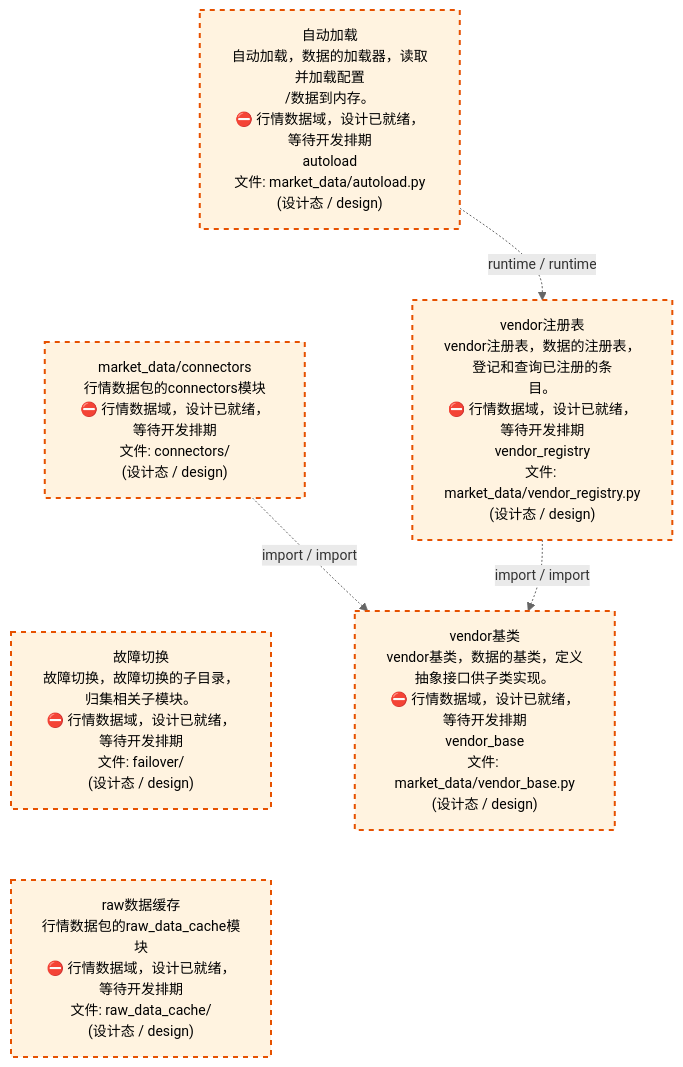
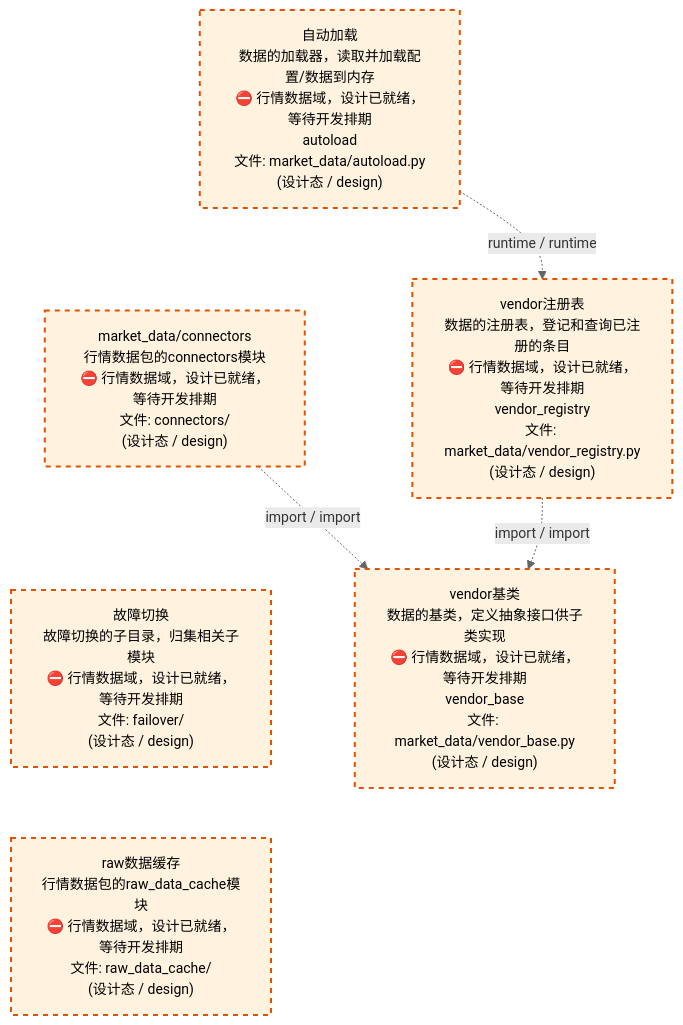
One commit to xuanFelixVan/ZephyrAlpha changed the third of 4 diagrams in docs/02_enterprise_architecture/02_domain_architecture_docs/23_d_mkt_data.md. Above: the diagram before and after it, drawn with Mermaid. The commit also changed other lines of this file and 59 other files, not shown here.

````diff
--- a/docs/02_enterprise_architecture/02_domain_architecture_docs/23_d_mkt_data.md
+++ b/docs/02_enterprise_architecture/02_domain_architecture_docs/23_d_mkt_data.md
@@ -143,21 +143,21 @@
 ```mermaid
 %%{init: {'theme': 'base', 'themeVariables': {'primaryColor': '#eaeaea', 'primaryTextColor': '#333333', 'primaryBorderColor': '#666666', 'lineColor': '#666666', 'secondaryColor': '#eaeaea', 'tertiaryColor': '#eaeaea', 'fontSize': '14px'}}}%%
 flowchart TD
-    src_zephyr_market_data_autoload_py["自动加载<br/>自动加载，数据的加载器，读取并加载配置<br/>/数据到内存。<br/>⛔ 行情数据域，设计已就绪，等待开发排期<br/>autoload<br/>文件: market_data/autoload.py<br/>(设计态 / design)"]
+    src_zephyr_market_data_autoload_py["自动加载<br/>数据的加载器，读取并加载配置/数据到内存<br/>⛔ 行情数据域，设计已就绪，等待开发排期<br/>autoload<br/>文件: market_data/autoload.py<br/>(设计态 / design)"]
     src_zephyr_market_data_connectors["market_data/connectors<br/>行情数据包的connectors模块<br/>⛔ 行情数据域，设计已就绪，等待开发排期<br/>文件: connectors/<br/>(设计态 / design)"]
-    src_zephyr_market_data_failover["故障切换<br/>故障切换，故障切换的子目录，归集相关子模块。<br/>⛔ 行情数据域，设计已就绪，等待开发排期<br/>文件: failover/<br/>(设计态 / design)"]
+    src_zephyr_market_data_failover["故障切换<br/>故障切换的子目录，归集相关子模块<br/>⛔ 行情数据域，设计已就绪，等待开发排期<br/>文件: failover/<br/>(设计态 / design)"]
     src_zephyr_market_data_raw_data_cache["raw数据缓存<br/>行情数据包的raw_data_cache模块<br/>⛔ 行情数据域，设计已就绪，等待开发排期<br/>文件: raw_data_cache/<br/>(设计态 / design)"]
     src_zephyr_market_data_autoload_py ~~~ src_zephyr_market_data_connectors
     src_zephyr_market_data_connectors ~~~ src_zephyr_market_data_failover
     src_zephyr_market_data_failover ~~~ src_zephyr_market_data_raw_data_cache
-    src_zephyr_market_data_vendor_registry_py["vendor注册表<br/>vendor注册表，数据的注册表，登记和查询已注册的条<br/>目。<br/>⛔ 行情数据域，设计已就绪，等待开发排期<br/>vendor_registry<br/>文件: market_data/vendor_registry.py<br/>(设计态 / design)"]
-    src_zephyr_market_data_vendor_base_py["vendor基类<br/>vendor基类，数据的基类，定义抽象接口供子类实现。<br/>⛔ 行情数据域，设计已就绪，等待开发排期<br/>vendor_base<br/>文件: market_data/vendor_base.py<br/>(设计态 / design)"]
+    src_zephyr_market_data_vendor_registry_py["vendor注册表<br/>数据的注册表，登记和查询已注册的条目<br/>⛔ 行情数据域，设计已就绪，等待开发排期<br/>vendor_registry<br/>文件: market_data/vendor_registry.py<br/>(设计态 / design)"]
+    src_zephyr_market_data_vendor_base_py["vendor基类<br/>数据的基类，定义抽象接口供子类实现<br/>⛔ 行情数据域，设计已就绪，等待开发排期<br/>vendor_base<br/>文件: market_data/vendor_base.py<br/>(设计态 / design)"]
     src_zephyr_market_data_vendor_registry_py -.->|import / import| src_zephyr_market_data_vendor_base_py
     src_zephyr_market_data_connectors -.->|import / import| src_zephyr_market_data_vendor_base_py
     src_zephyr_market_data_autoload_py -.->|runtime / runtime| src_zephyr_market_data_vendor_registry_py
     classDef production fill:#e1f5fe,stroke:#01579b,stroke-width:2px,color:#000
     classDef design fill:#fff3e0,stroke:#e65100,stroke-width:2px,color:#000,stroke-dasharray: 5 5
     classDef external_prod fill:#e8f4fd,stroke:#0277bd,stroke-width:1px,color:#000
     classDef external_design fill:#fff8e7,stroke:#ef6c00,stroke-width:1px,color:#000,stroke-dasharray: 5 5
     class src_zephyr_market_data_autoload_py,src_zephyr_market_data_connectors,src_zephyr_market_data_failover,src_zephyr_market_data_raw_data_cache,src_zephyr_market_data_vendor_base_py,src_zephyr_market_data_vendor_registry_py design
 ```
````
